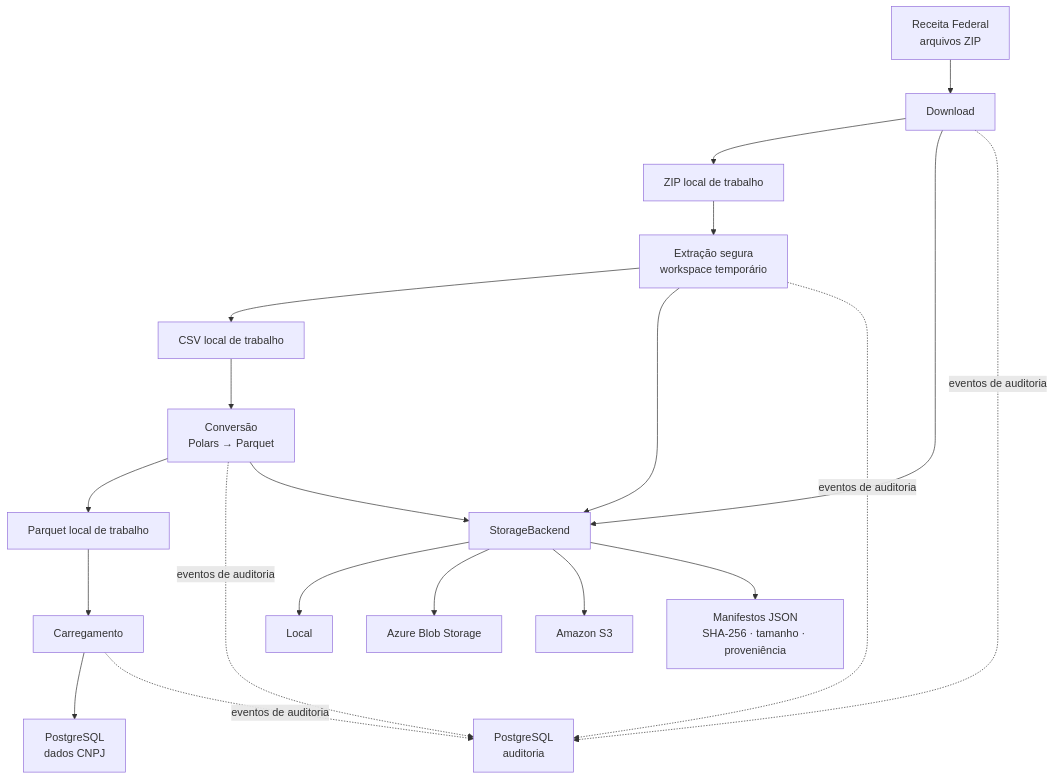
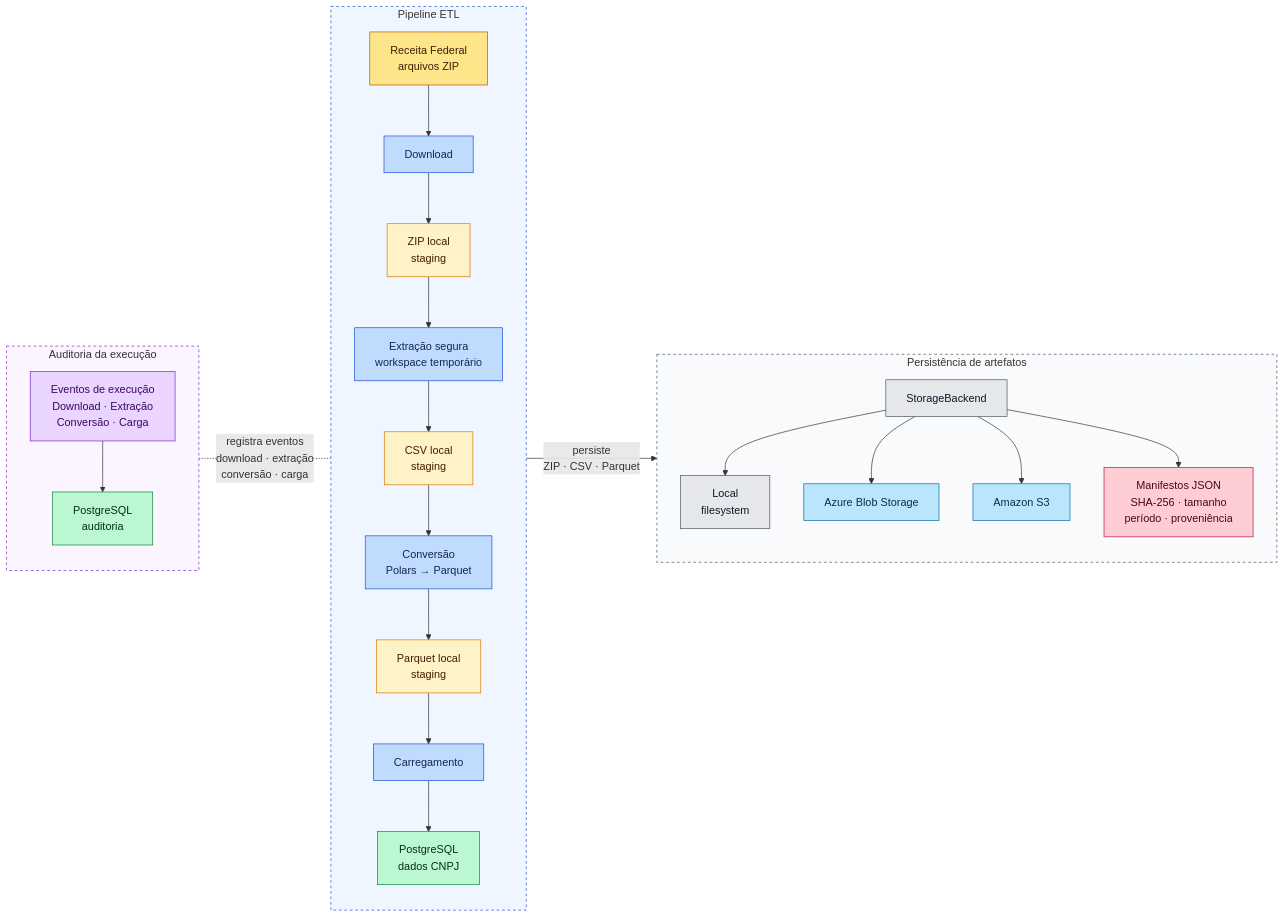
One commit to brunolnetto/scrapper-rf-cnpj changed the diagram in README.md. Above: the diagram before and after it, drawn with Mermaid.

````diff
--- a/README.md
+++ b/README.md
@@ -19,22 +19,64 @@
 ```mermaid
-flowchart TD
-    RFB["Receita Federal<br/>arquivos ZIP"] --> DL["Download"]
-    DL --> ZIP["ZIP local de trabalho"]
-    DL --> ST["StorageBackend"]
-    ZIP --> EX["Extração segura<br/>workspace temporário"]
-    EX --> CSV["CSV local de trabalho"]
-    EX --> ST
-    CSV --> CV["Conversão<br/>Polars → Parquet"]
-    CV --> PQ["Parquet local de trabalho"]
-    PQ --> LOAD["Carregamento"]
-    LOAD --> PG["PostgreSQL<br/>dados CNPJ"]
-    DL -. eventos de auditoria .-> AUD["PostgreSQL<br/>auditoria"]
-    EX -. eventos de auditoria .-> AUD
-    CV -. eventos de auditoria .-> AUD
-    LOAD -. eventos de auditoria .-> AUD
-    CV --> ST
-    ST --> LOCAL["Local"]
-    ST --> AZ["Azure Blob Storage"]
-    ST --> S3["Amazon S3"]
-    ST --> META["Manifestos JSON<br/>SHA-256 · tamanho · proveniência"]
+flowchart LR
+    subgraph AUDIT["Auditoria da execução"]
+        direction TB
+        EVENTS["Eventos de execução<br/>Download · Extração<br/>Conversão · Carga"]
+        AUD["PostgreSQL<br/>auditoria"]
+
+        EVENTS --> AUD
+    end
+
+    subgraph ETL["Pipeline ETL"]
+        direction TB
+        RFB["Receita Federal<br/>arquivos ZIP"]
+        DL["Download"]
+        ZIP["ZIP local<br/>staging"]
+        EX["Extração segura<br/>workspace temporário"]
+        CSV["CSV local<br/>staging"]
+        CV["Conversão<br/>Polars → Parquet"]
+        PQ["Parquet local<br/>staging"]
+        LOAD["Carregamento"]
+        PG["PostgreSQL<br/>dados CNPJ"]
+
+        RFB --> DL --> ZIP --> EX --> CSV --> CV --> PQ --> LOAD --> PG
+    end
+
+    subgraph STORAGE["Persistência de artefatos"]
+        direction TB
+        ST["StorageBackend"]
+        LOCAL["Local<br/>filesystem"]
+        AZ["Azure Blob Storage"]
+        S3["Amazon S3"]
+        META["Manifestos JSON<br/>SHA-256 · tamanho<br/>período · proveniência"]
+
+        ST --> LOCAL
+        ST --> AZ
+        ST --> S3
+        ST --> META
+    end
+
+    AUDIT -.-|"registra eventos<br/>download · extração<br/>conversão · carga"| ETL
+    ETL -->|"persiste<br/>ZIP · CSV · Parquet"| STORAGE
+
+    classDef source fill:#fde68a,stroke:#b45309,color:#451a03
+    classDef step fill:#bfdbfe,stroke:#1d4ed8,color:#172554
+    classDef staging fill:#fef3c7,stroke:#d97706,color:#451a03
+    classDef database fill:#bbf7d0,stroke:#15803d,color:#052e16
+    classDef audit fill:#e9d5ff,stroke:#7e22ce,color:#3b0764
+    classDef storage fill:#e5e7eb,stroke:#4b5563,color:#111827
+    classDef cloud fill:#bae6fd,stroke:#0369a1,color:#082f49
+    classDef manifest fill:#fecdd3,stroke:#be123c,color:#4c0519
+
+    class RFB source
+    class DL,EX,CV,LOAD step
+    class ZIP,CSV,PQ staging
+    class PG,AUD database
+    class EVENTS audit
+    class ST,LOCAL storage
+    class AZ,S3 cloud
+    class META manifest
+
+    style AUDIT fill:#faf5ff,stroke:#7e22ce,stroke-dasharray:4 4
+    style ETL fill:#eff6ff,stroke:#1d4ed8,stroke-dasharray:4 4
+    style STORAGE fill:#f9fafb,stroke:#4b5563,stroke-dasharray:4 4
 ```
````
